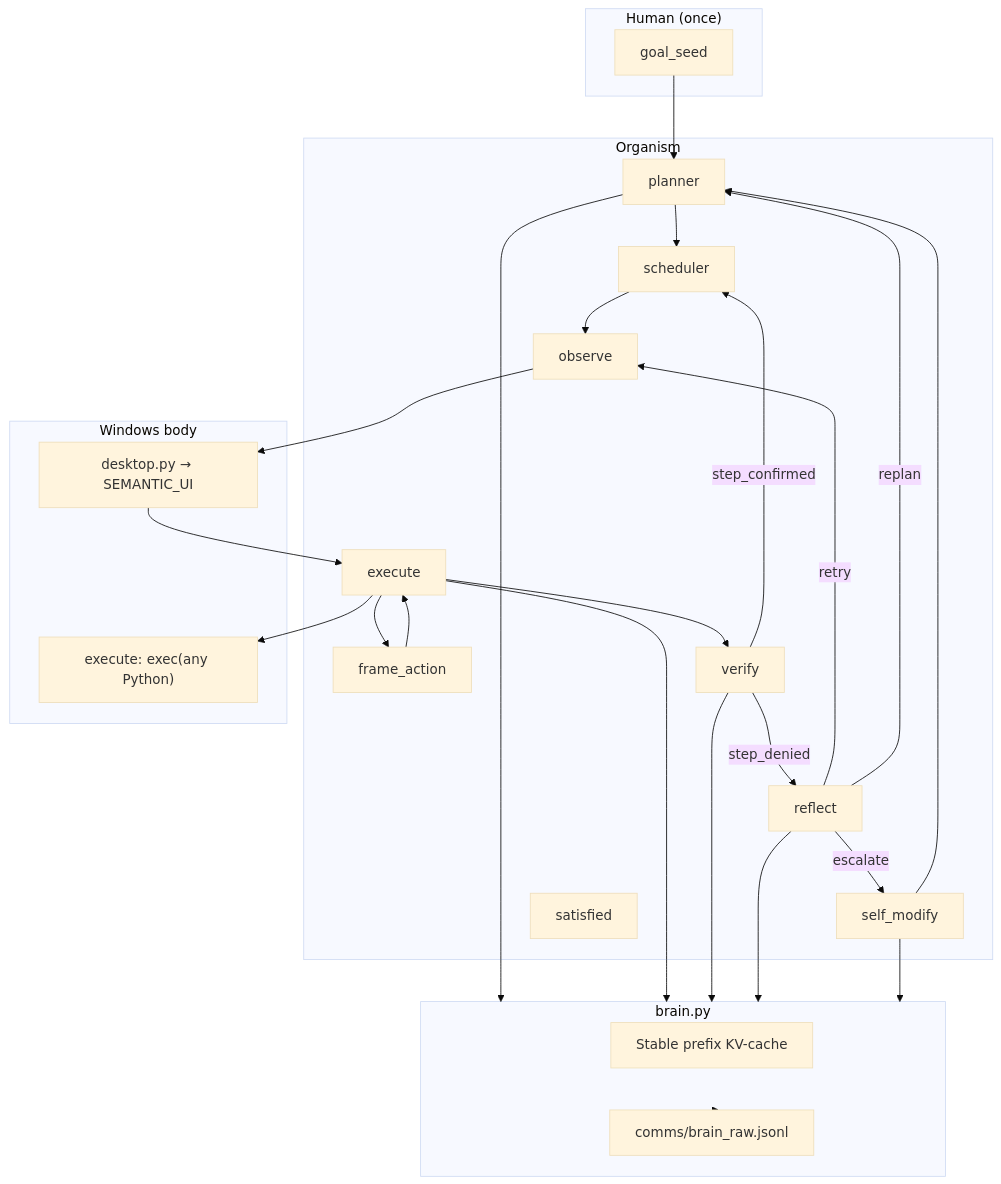
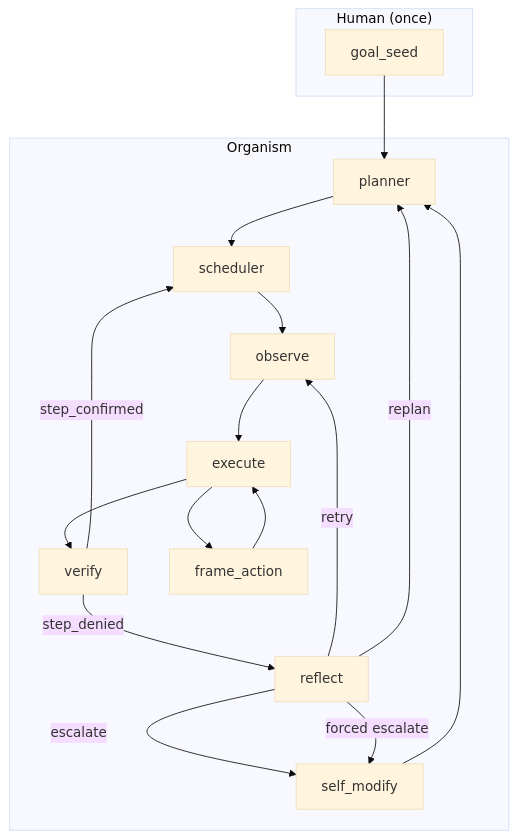
One commit to wgabrys88/endgame-ai changed the first of 2 diagrams in README.md. Above: the diagram before and after it, drawn with Mermaid (base theme). The commit also changed other lines of this file and 3 other files, not shown here.

Commit message:
escalation-enforcement-forced-reflect-escalate

````diff
--- a/README.md
+++ b/README.md
@@ -24,42 +35,21 @@
 ```mermaid
 flowchart TB
-  subgraph once["Human (once)"]
+  subgraph human["Human (once)"]
     G[goal_seed]
   end
 
   subgraph loop["Organism"]
-    P[planner]
-    SCH[scheduler]
-    OBS[observe]
-    EX[execute]
-    FA[frame_action]
-    VF[verify]
-    RF[reflect]
-    SM[self_modify]
-    SAT[satisfied]
-  end
-
-  subgraph body["Windows body"]
-    SEM[desktop.py → SEMANTIC_UI]
-    PY["execute: exec(any Python)"]
-  end
-
-  subgraph brain["brain.py"]
-    SP[Stable prefix KV-cache]
-    RAW[comms/brain_raw.jsonl]
+    P[planner] --> SCH[scheduler] --> OBS[observe]
+    OBS --> EX[execute]
+    EX --> VF[verify]
+    EX --> FA[frame_action] --> EX
+    VF -->|step_confirmed| SCH
+    VF -->|step_denied| RF[reflect]
+    RF -->|retry| OBS
+    RF -->|replan| P
+    RF -->|escalate| SM[self_modify] --> P
+    RF -->|forced escalate| SM
   end
 
   G --> P
-  P --> SCH --> OBS
-  OBS --> SEM --> EX
-  EX --> VF
-  EX --> FA --> EX
-  VF -->|step_confirmed| SCH
-  VF -->|step_denied| RF
-  RF -->|retry| OBS
-  RF -->|replan| P
-  RF -->|escalate| SM --> P
-  P & EX & VF & RF & SM --> brain
-  brain --> RAW
-  EX --> PY
 ```
````
